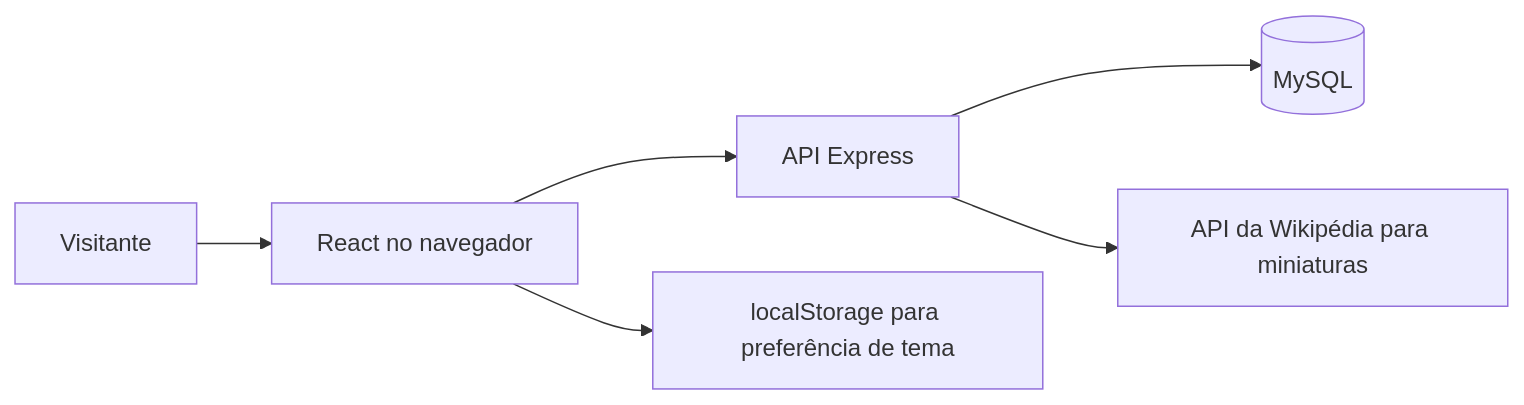
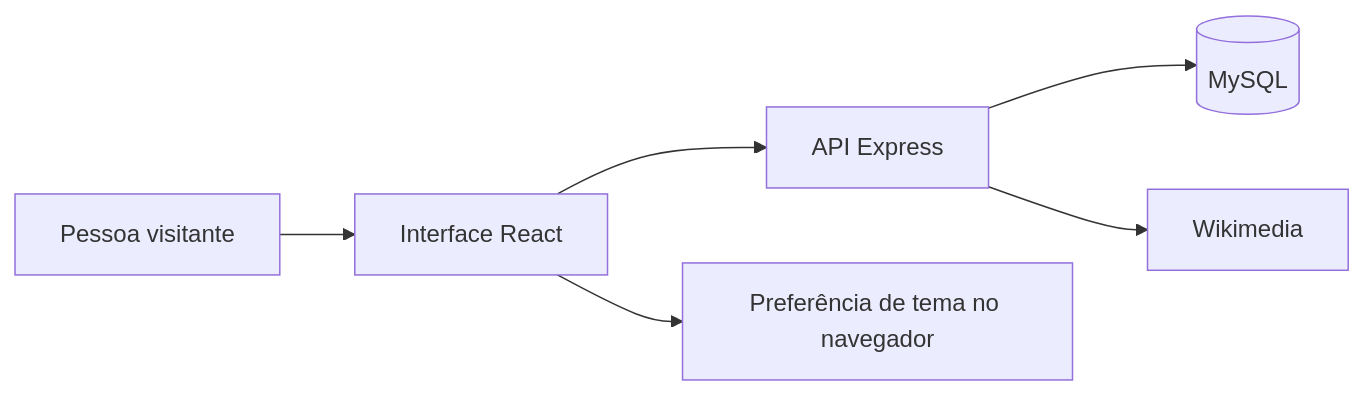
One commit to Quadrosmatheus/heroboxd-demo changed the diagram in README.md. Above: the diagram before and after it, drawn with Mermaid. The commit also changed other lines of this file and 4 other files, not shown here.

````diff
--- a/README.md
+++ b/README.md
@@ -33,8 +63,8 @@
 ```mermaid
 flowchart LR
-  Visitor[Visitante] --> UI[React no navegador]
+  Visitor[Pessoa visitante] --> UI[Interface React]
   UI --> API[API Express]
   API --> DB[(MySQL)]
-  API --> Images[API da Wikipédia para miniaturas]
-  UI --> Theme[localStorage para preferência de tema]
+  API --> Images[Wikimedia]
+  UI --> Theme[Preferência de tema no navegador]
 ```
````
